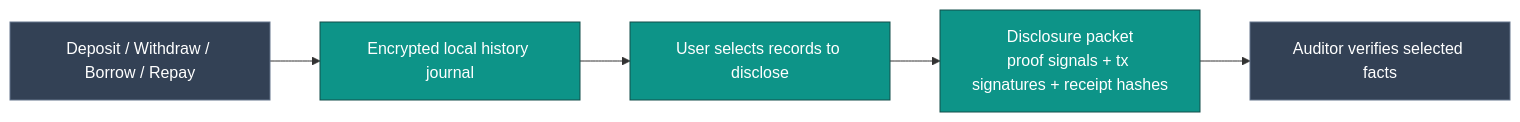
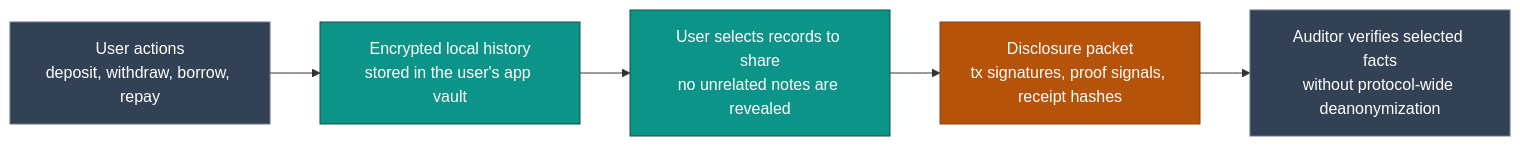
Before and after one commit to cryptosingheth/shieldlend: the seventh of 8 diagrams in docs/VISUAL_FLOWS.md, drawn with Mermaid. The commit also changed other lines of this file and 9 other files, not shown here.

Commit message:
docs: consolidate solana architecture docs

````diff
--- a/docs/VISUAL_FLOWS.md
+++ b/docs/VISUAL_FLOWS.md
@@ -163,13 +199,14 @@
 ```mermaid
 flowchart LR
-    classDef privacy fill:#0d9488,stroke:#134e4a,color:#fff
+    classDef private fill:#0d9488,stroke:#134e4a,color:#fff
     classDef public fill:#334155,stroke:#64748b,color:#fff
+    classDef safety fill:#b45309,stroke:#92400e,color:#fff
 
-    Ops["Deposit / Withdraw / Borrow / Repay"]:::public
-    Journal["Encrypted local history journal"]:::privacy
-    Select["User selects records to disclose"]:::privacy
-    Packet["Disclosure packet\nproof signals + tx signatures + receipt hashes"]:::privacy
-    Auditor["Auditor verifies selected facts"]:::public
+    A["User actions<br/>deposit, withdraw, borrow, repay"]:::public
+    B["Encrypted local history<br/>stored in the user's app vault"]:::private
+    C["User selects records to share<br/>no unrelated notes are revealed"]:::private
+    D["Disclosure packet<br/>tx signatures, proof signals, receipt hashes"]:::safety
+    E["Auditor verifies selected facts<br/>without protocol-wide deanonymization"]:::public
 
-    Ops --> Journal --> Select --> Packet --> Auditor
+    A --> B --> C --> D --> E
 ```
````
